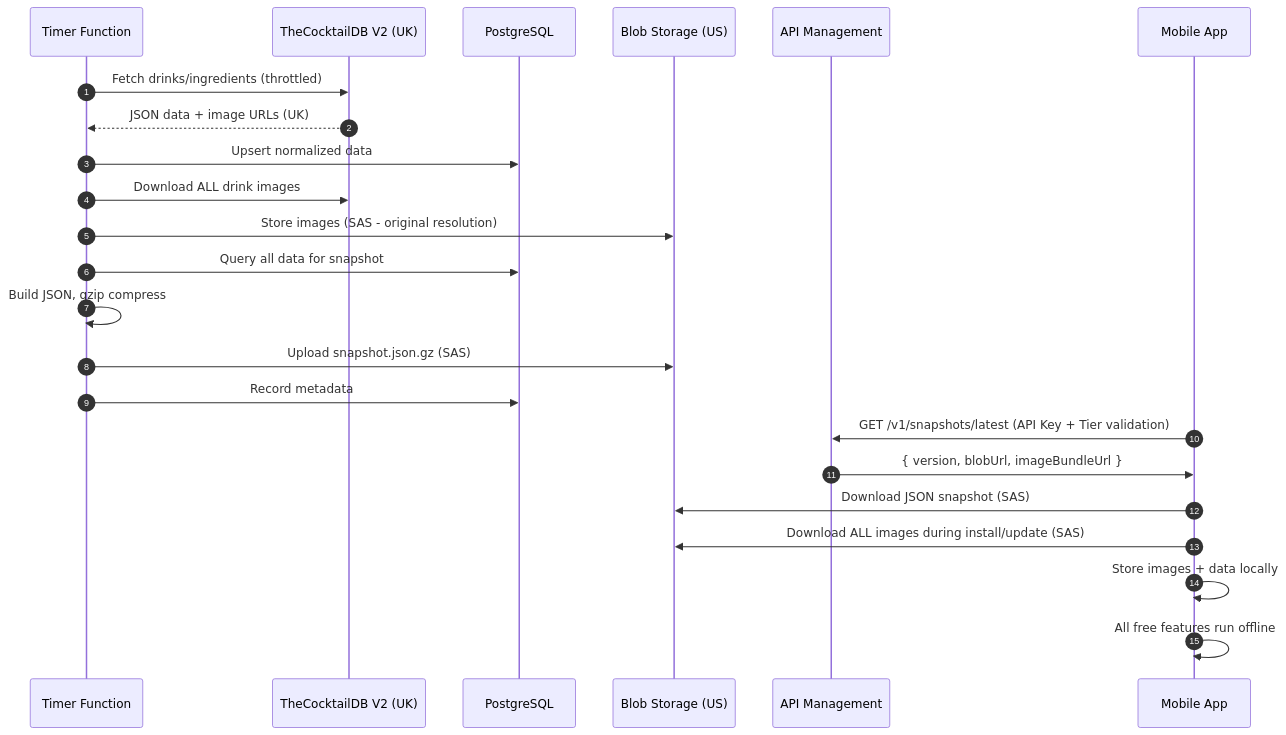
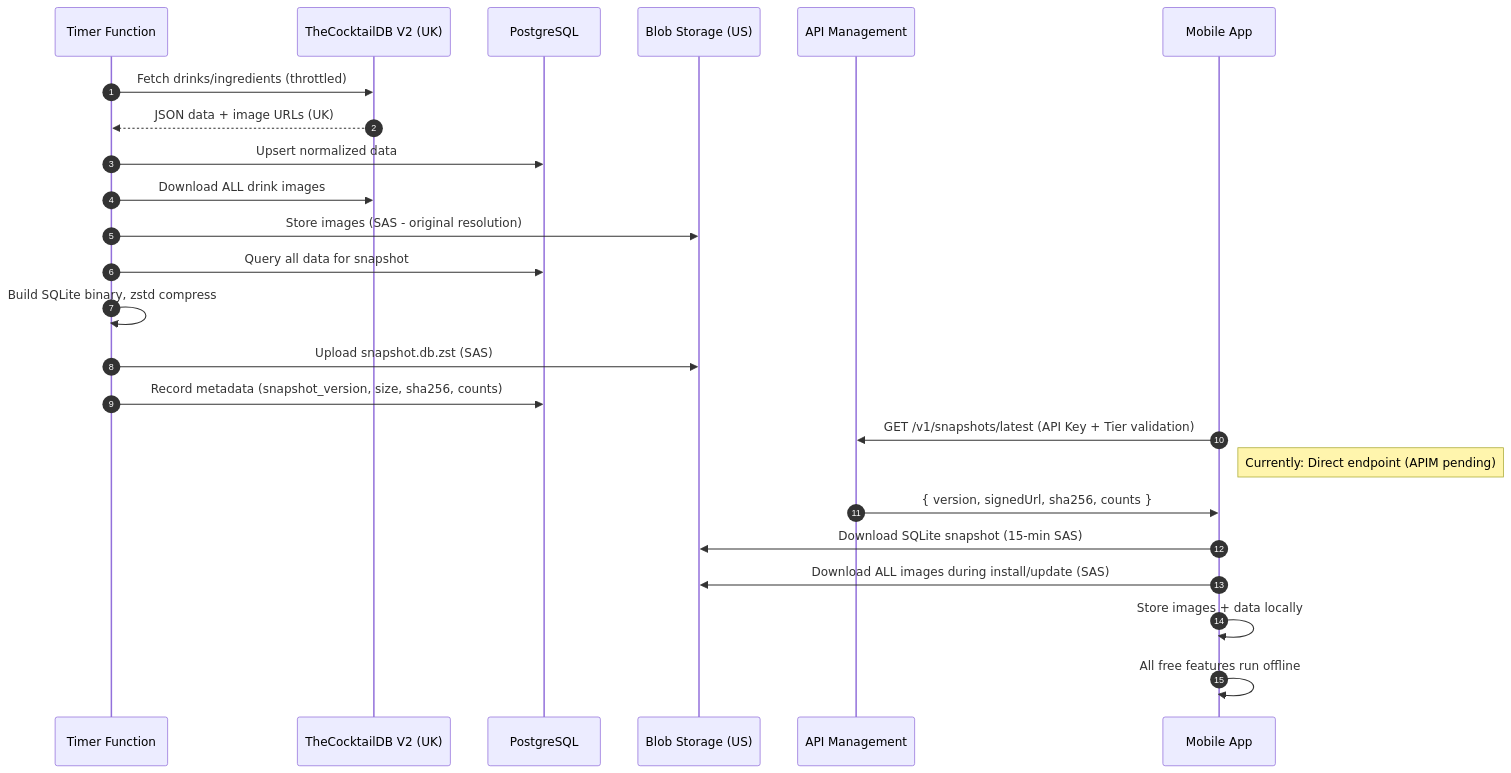
One commit to gwhitley1969/mybartenderAI-MVP changed the second of 2 diagrams in docs/ARCHITECTURE.md. Above: the diagram before and after it, drawn with Mermaid. The commit also changed other lines of this file and 2 other files, not shown here.

First line of the commit message:
docs: Update architecture and operational status documentation

````diff
--- a/docs/ARCHITECTURE.md
+++ b/docs/ARCHITECTURE.md
@@ -124,26 +136,27 @@
 ```mermaid
 sequenceDiagram
   autonumber
   participant T as Timer Function
   participant CDB as TheCocktailDB V2 (UK)
   participant PG as PostgreSQL
   participant BL as Blob Storage (US)
   participant APIM as API Management
   participant M as Mobile App
 
   T->>CDB: Fetch drinks/ingredients (throttled)
   CDB-->>T: JSON data + image URLs (UK)
   T->>PG: Upsert normalized data
   T->>CDB: Download ALL drink images
   T->>BL: Store images (SAS - original resolution)
   T->>PG: Query all data for snapshot
-  T->>T: Build JSON, gzip compress
-  T->>BL: Upload snapshot.json.gz (SAS)
-  T->>PG: Record metadata
+  T->>T: Build SQLite binary, zstd compress
+  T->>BL: Upload snapshot.db.zst (SAS)
+  T->>PG: Record metadata (snapshot_version, size, sha256, counts)
   M->>APIM: GET /v1/snapshots/latest (API Key + Tier validation)
-  APIM->>M: { version, blobUrl, imageBundleUrl }
-  M->>BL: Download JSON snapshot (SAS)
+  Note right of M: Currently: Direct endpoint (APIM pending)
+  APIM->>M: { version, signedUrl, sha256, counts }
+  M->>BL: Download SQLite snapshot (15-min SAS)
   M->>BL: Download ALL images during install/update (SAS)
   M->>M: Store images + data locally
   M->>M: All free features run offline
 ```
````
